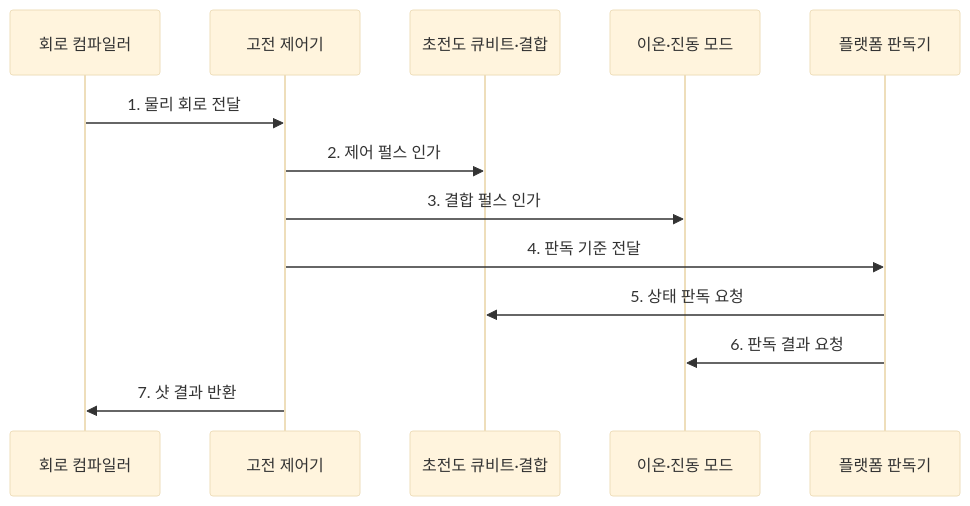
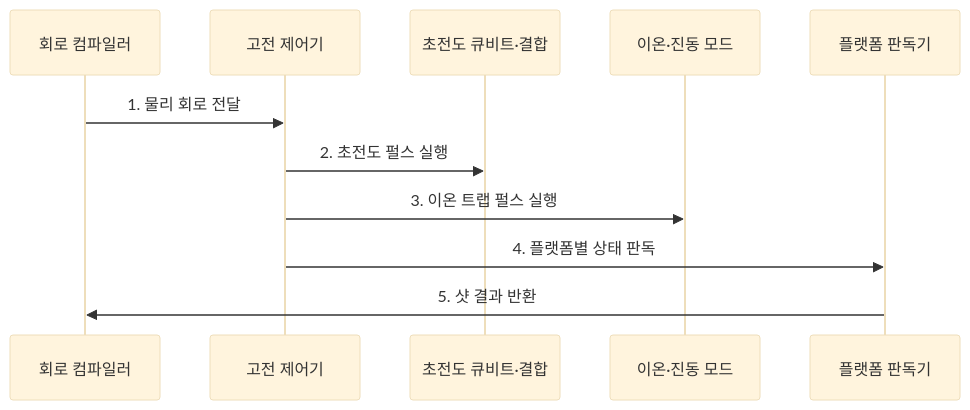
Before and after one commit to agnusdei1207/knowledge-base: the second of 2 diagrams in src/content/docs/notes/02-hardware/073_quantum_processor_technologies.md, drawn with Mermaid (base theme). The commit also changed other lines of this file and 86 other files, not shown here.

````diff
--- a/src/content/docs/notes/02-hardware/073_quantum_processor_technologies.md
+++ b/src/content/docs/notes/02-hardware/073_quantum_processor_technologies.md
@@ -86,16 +88,14 @@
 ```mermaid
 sequenceDiagram
     participant C as 회로 컴파일러
     participant H as 고전 제어기
     participant S as 초전도 큐비트·결합
     participant I as 이온·진동 모드
     participant D as 플랫폼 판독기
 
     C->>H: 1. 물리 회로 전달
-    H->>S: 2. 제어 펄스 인가
-    H->>I: 3. 결합 펄스 인가
-    H->>D: 4. 판독 기준 전달
-    D->>S: 5. 상태 판독 요청
-    D->>I: 6. 판독 결과 요청
-    H->>C: 7. 샷 결과 반환
+    H->>S: 2. 초전도 펄스 실행
+    H->>I: 3. 이온 트랩 펄스 실행
+    H->>D: 4. 플랫폼별 상태 판독
+    D->>C: 5. 샷 결과 반환
 ```
````
